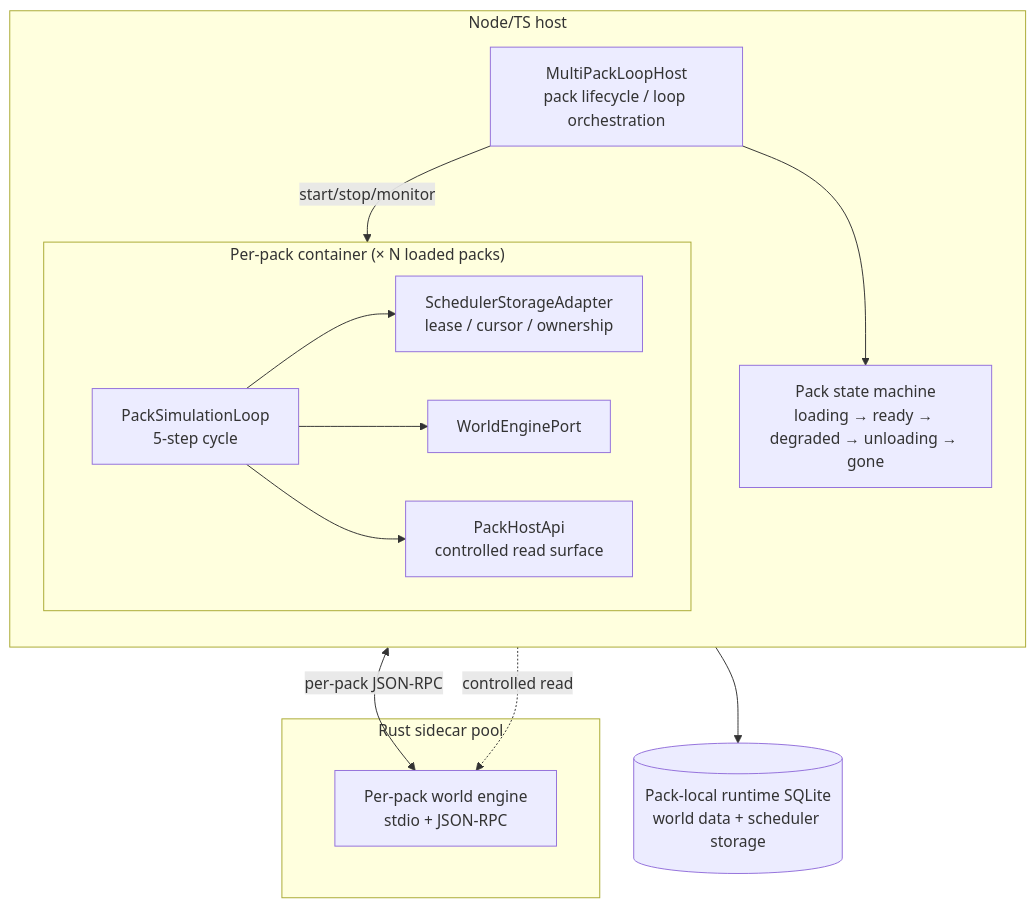
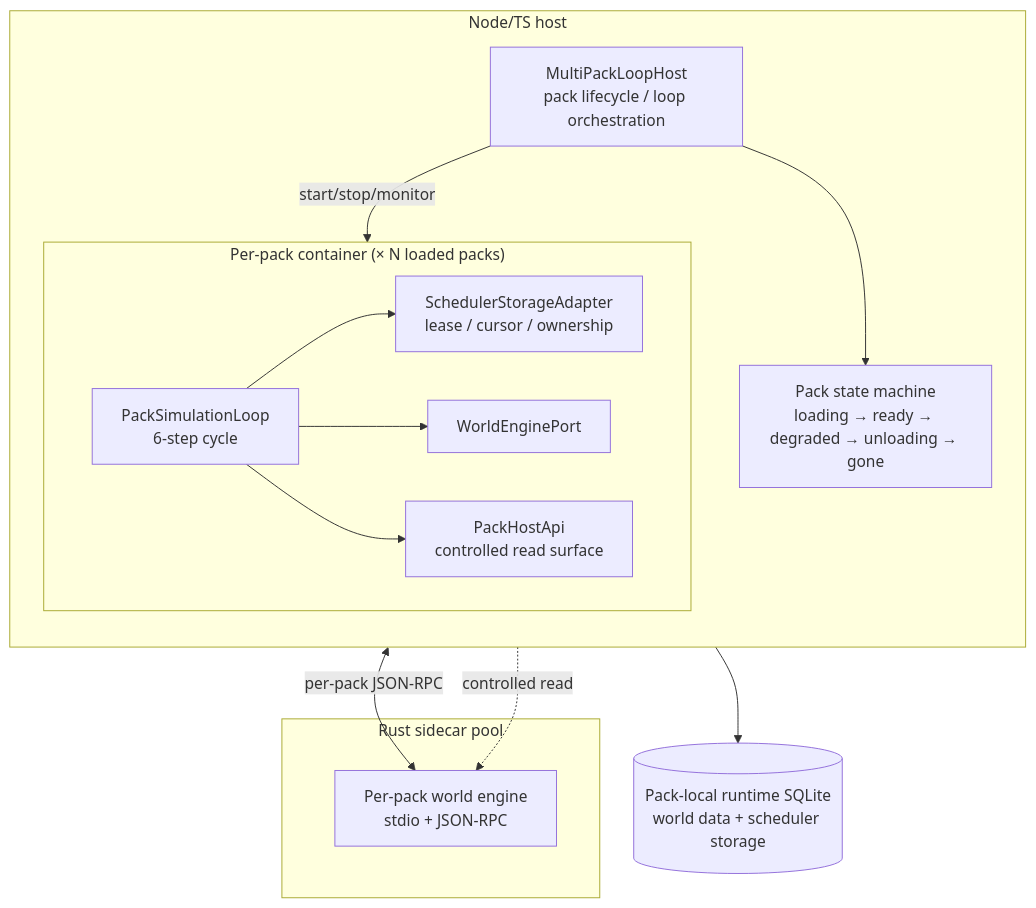
One commit to Hai-de/Yidhras changed the third of 7 diagrams in docs/ARCH_DIAGRAM.md. Above: the diagram before and after it, drawn with Mermaid. The commit also changed 13 other files, not shown here.

````diff
--- a/docs/ARCH_DIAGRAM.md
+++ b/docs/ARCH_DIAGRAM.md
@@ -90,31 +90,31 @@
 ```mermaid
 flowchart TB
     subgraph Host[Node/TS host]
         direction TB
         MultiPackLoopHost[MultiPackLoopHost\npack lifecycle / loop orchestration]
         PackStateMachine[Pack state machine\nloading → ready → degraded → unloading → gone]
 
         subgraph PackContainer["Per-pack container (× N loaded packs)"]
             direction LR
-            PackLoop[PackSimulationLoop\n5-step cycle]
+            PackLoop[PackSimulationLoop\n6-step cycle]
             SchedAdapter[SchedulerStorageAdapter\nlease / cursor / ownership]
             WEP[WorldEnginePort]
             HostAPI[PackHostApi\ncontrolled read surface]
         end
     end
 
     subgraph SidecarPool[Rust sidecar pool]
         SidecarProc[Per-pack world engine\nstdio + JSON-RPC]
     end
 
     PackSQLite[(Pack-local runtime SQLite\nworld data + scheduler storage)]
 
     MultiPackLoopHost -->|"start/stop/monitor"| PackLoop
     MultiPackLoopHost --> PackStateMachine
     PackLoop --> SchedAdapter
     PackLoop --> WEP
     PackLoop --> HostAPI
     WEP <-->|"per-pack JSON-RPC"| SidecarProc
     HostAPI -.->|"controlled read"| SidecarProc
     SchedAdapter --> PackSQLite
 ```
````
